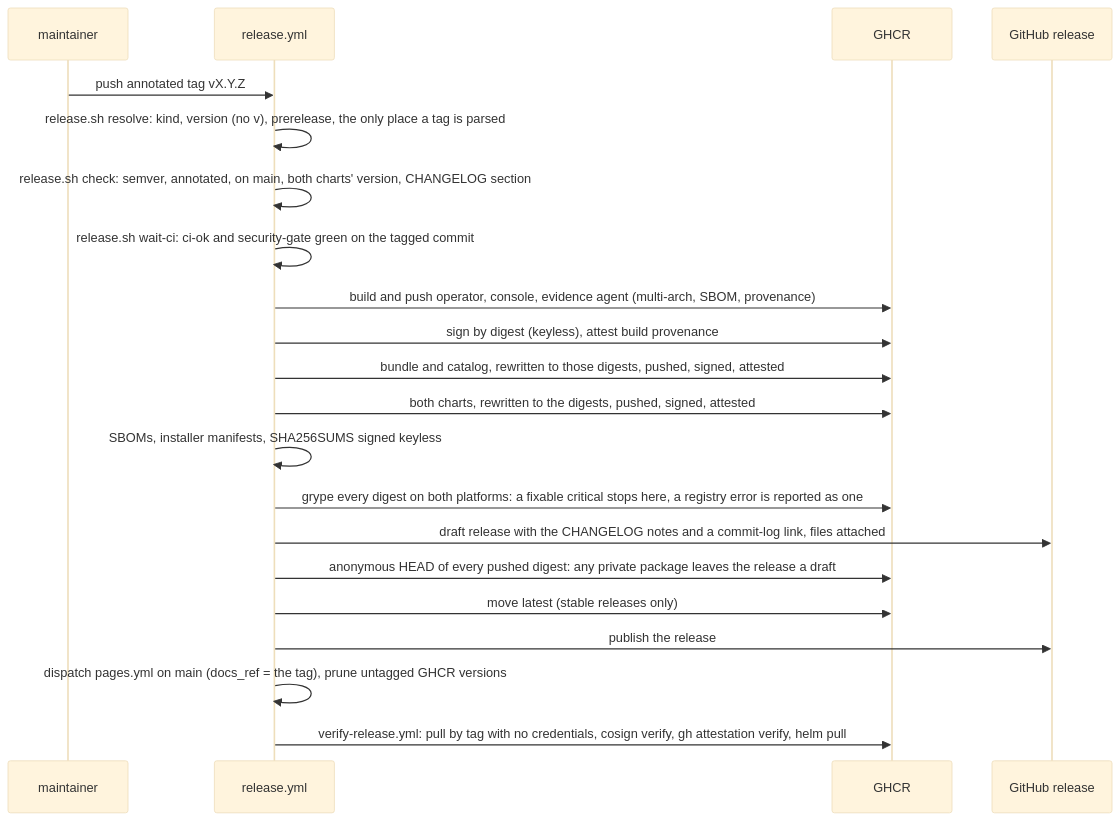
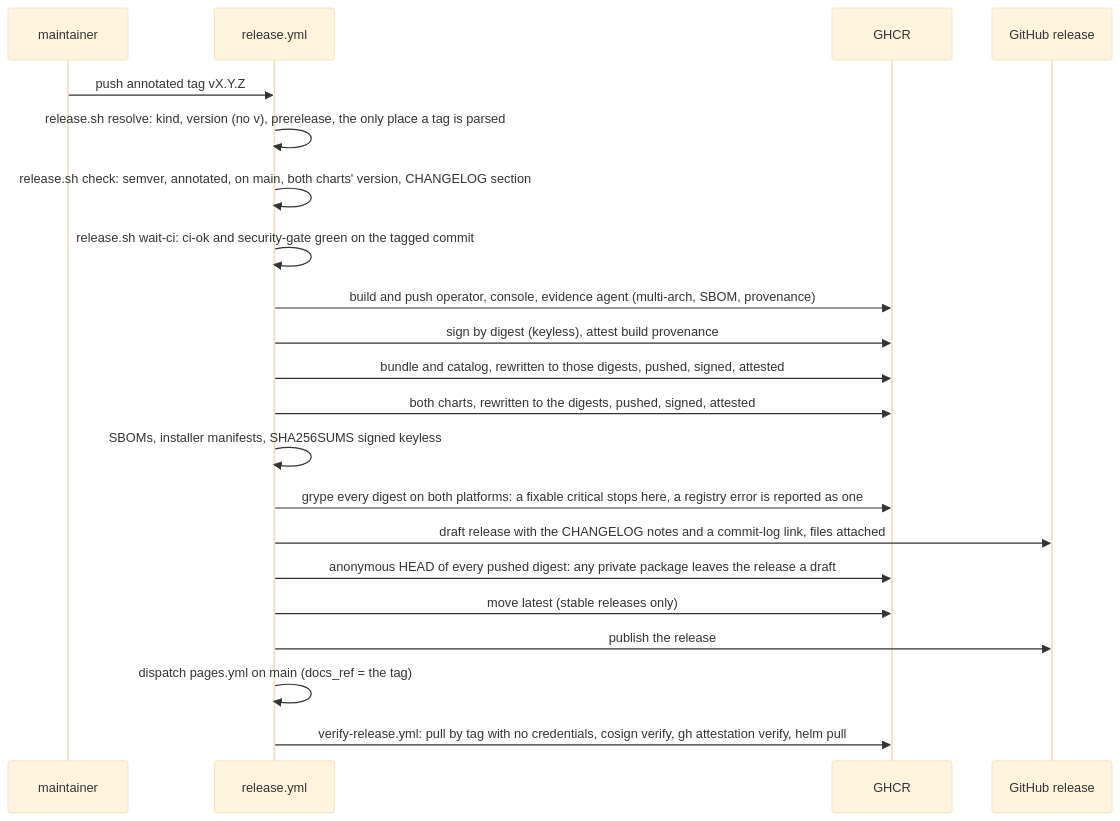
The second of 2 diagrams in docs/site/docs/development/ci.md (fyannk/pgToolBox), drawn with Mermaid (base theme) before and after one commit. The commit also changed other lines of this file and 17 other files, not shown here.

````diff
--- a/docs/site/docs/development/ci.md
+++ b/docs/site/docs/development/ci.md
@@ -196,23 +196,23 @@
 ```mermaid
 sequenceDiagram
   participant M as maintainer
   participant R as release.yml
   participant G as GHCR
   participant H as GitHub release
   M->>R: push annotated tag vX.Y.Z
   R->>R: release.sh resolve: kind, version (no v), prerelease, the only place a tag is parsed
   R->>R: release.sh check: semver, annotated, on main, both charts' version, CHANGELOG section
   R->>R: release.sh wait-ci: ci-ok and security-gate green on the tagged commit
   R->>G: build and push operator, console, evidence agent (multi-arch, SBOM, provenance)
   R->>G: sign by digest (keyless), attest build provenance
   R->>G: bundle and catalog, rewritten to those digests, pushed, signed, attested
   R->>G: both charts, rewritten to the digests, pushed, signed, attested
   R->>R: SBOMs, installer manifests, SHA256SUMS signed keyless
   R->>G: grype every digest on both platforms: a fixable critical stops here, a registry error is reported as one
   R->>H: draft release with the CHANGELOG notes and a commit-log link, files attached
   R->>G: anonymous HEAD of every pushed digest: any private package leaves the release a draft
   R->>G: move latest (stable releases only)
   R->>H: publish the release
-  R->>R: dispatch pages.yml on main (docs_ref = the tag), prune untagged GHCR versions
+  R->>R: dispatch pages.yml on main (docs_ref = the tag)
   R->>G: verify-release.yml: pull by tag with no credentials, cosign verify, gh attestation verify, helm pull
 ```
````
